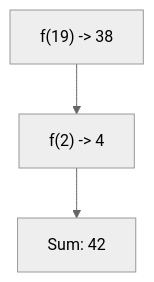
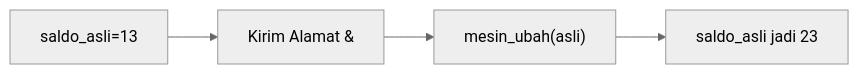
One commit to amnahwaida/OSNK_INF_PREP changed the sixth of 25 diagrams in part-c-pemahaman-cpp/04-fungsi/latihan/set-05.md. Above: the diagram before and after it, drawn with Mermaid (neutral theme). The commit also changed other lines of this file and 71 other files, not shown here.

````diff
--- a/part-c-pemahaman-cpp/04-fungsi/latihan/set-05.md
+++ b/part-c-pemahaman-cpp/04-fungsi/latihan/set-05.md
@@ -154,5 +161,6 @@
 ```mermaid
-graph TD
-A["f(19) -> 38"] --> B["f(2) -> 4"]
-B --> C["Sum: 42"]
+graph LR
+A["saldo_asli=13"] --> B["Kirim Alamat &"]
+B --> C["mesin_ubah(asli)"]
+C --> D["saldo_asli jadi 23"]
 ```
````
